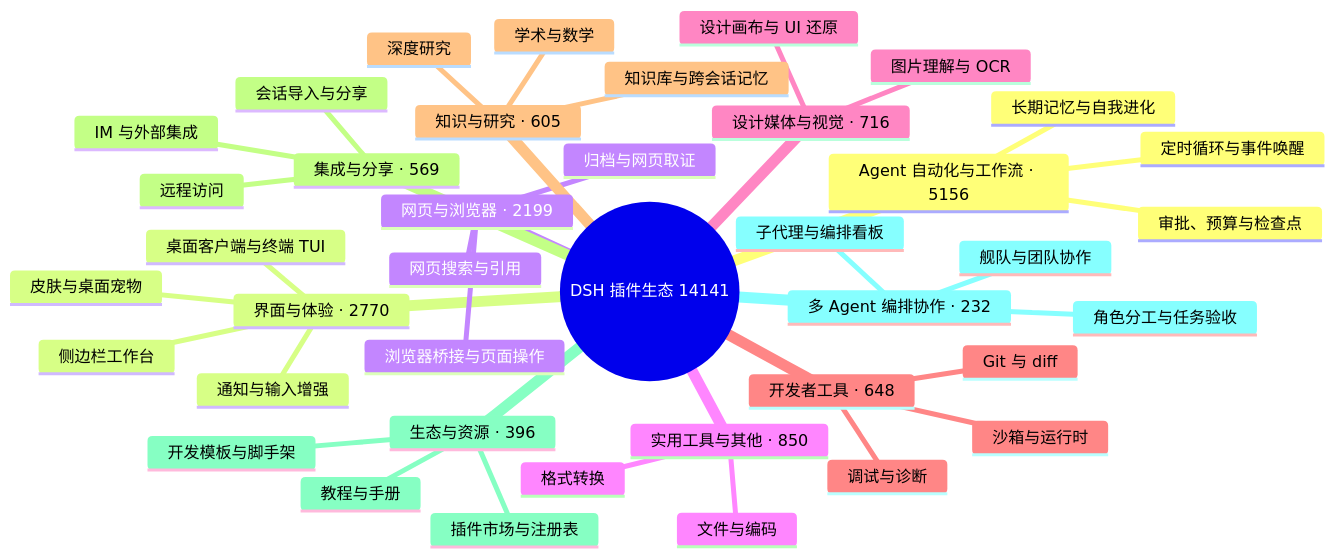
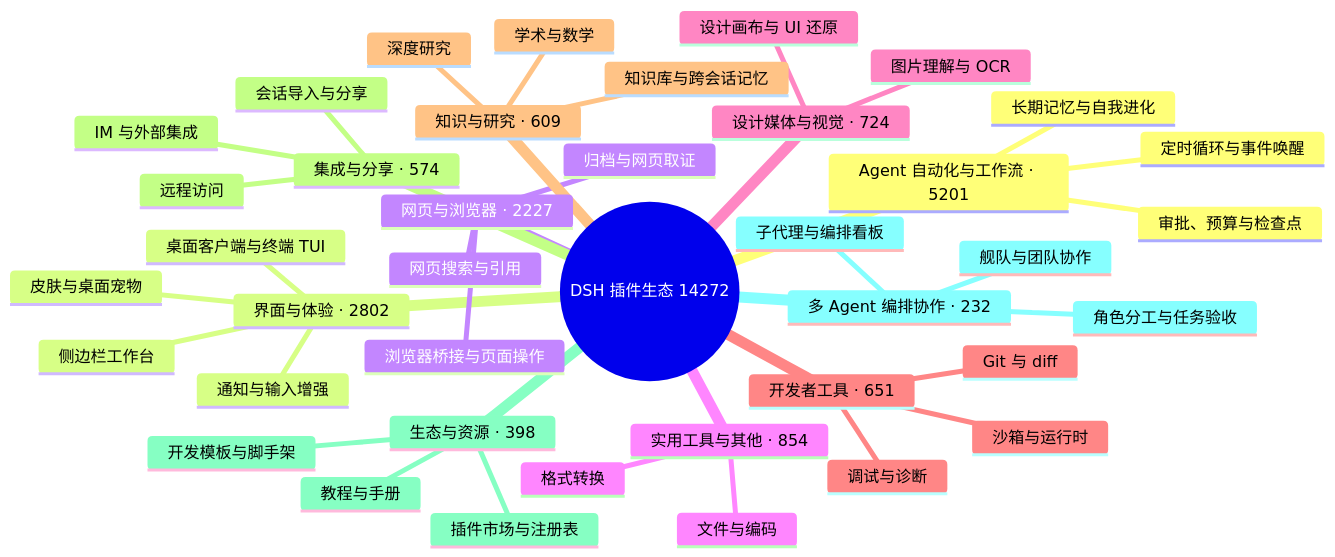
One commit to bruc3van/awesome-dsh-plugin changed the diagram in README.md. Above: the diagram before and after it, drawn with Mermaid. The commit also changed other lines of this file and 20 other files, not shown here.

````diff
--- a/README.md
+++ b/README.md
@@ -16,43 +16,43 @@
 ```mermaid
 mindmap
-  root((DSH 插件生态 14141))
-    Agent 自动化与工作流 · 5156
+  root((DSH 插件生态 14272))
+    Agent 自动化与工作流 · 5201
       定时循环与事件唤醒
       长期记忆与自我进化
       审批、预算与检查点
-    界面与体验 · 2770
+    界面与体验 · 2802
       桌面客户端与终端 TUI
       侧边栏工作台
       皮肤与桌面宠物
       通知与输入增强
-    网页与浏览器 · 2199
+    网页与浏览器 · 2227
       浏览器桥接与页面操作
       网页搜索与引用
       归档与网页取证
-    实用工具与其他 · 850
+    实用工具与其他 · 854
       文件与编码
       格式转换
-    设计媒体与视觉 · 716
+    设计媒体与视觉 · 724
       图片理解与 OCR
       设计画布与 UI 还原
-    开发者工具 · 648
+    开发者工具 · 651
       Git 与 diff
       沙箱与运行时
       调试与诊断
-    知识与研究 · 605
+    知识与研究 · 609
       知识库与跨会话记忆
       深度研究
       学术与数学
-    集成与分享 · 569
+    集成与分享 · 574
       会话导入与分享
       远程访问
       IM 与外部集成
-    生态与资源 · 396
+    生态与资源 · 398
       插件市场与注册表
       开发模板与脚手架
       教程与手册
     多 Agent 编排协作 · 232
       子代理与编排看板
       舰队与团队协作
       角色分工与任务验收
 ```
````
